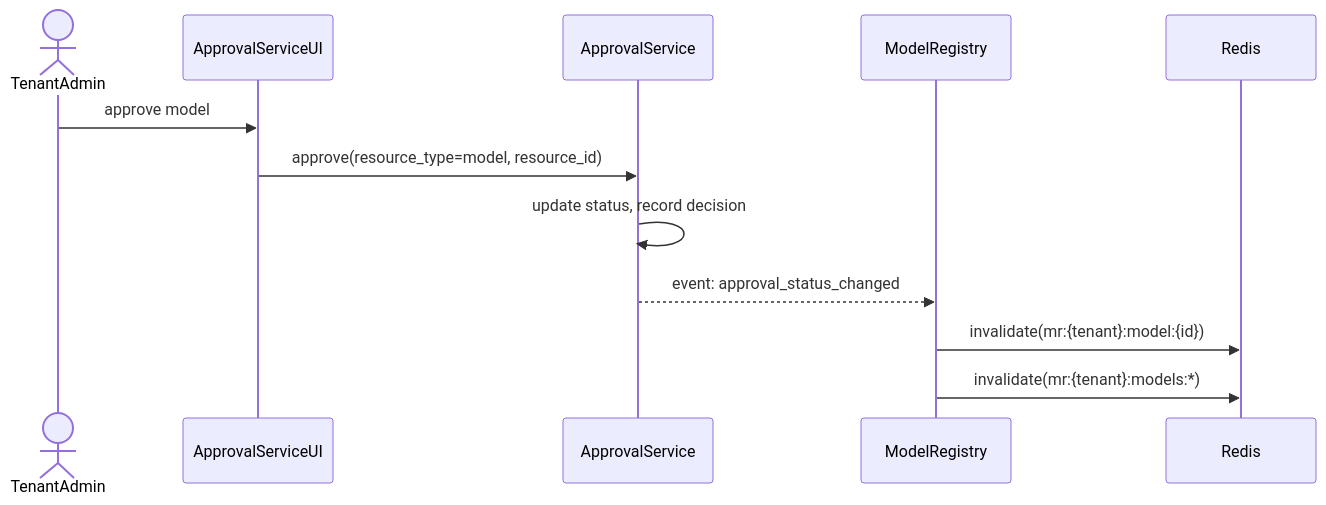
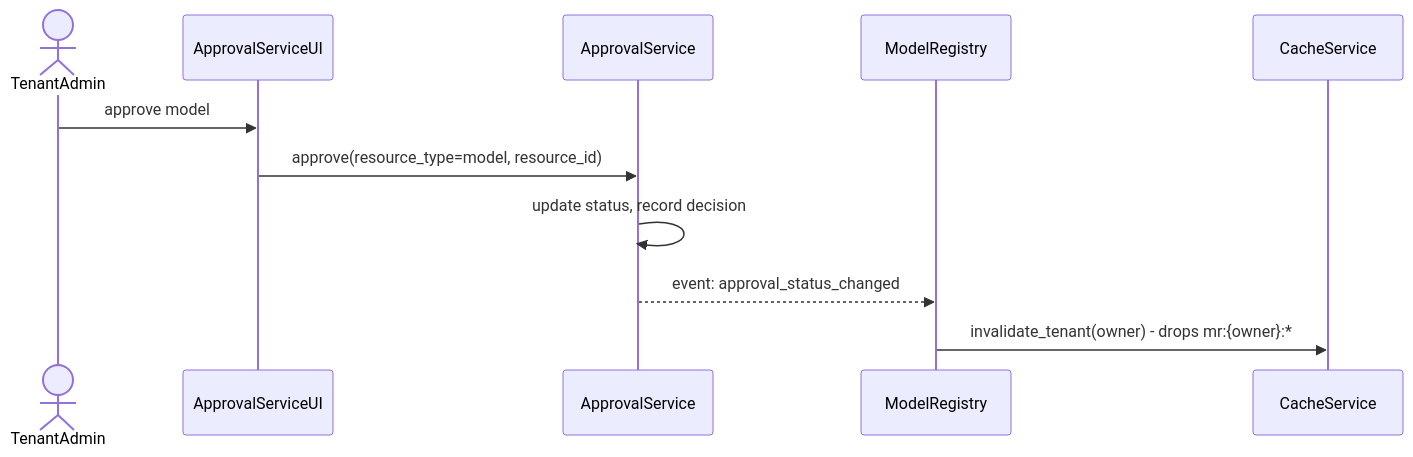
The seventh of 9 diagrams in gears/model-registry/docs/DESIGN.md (constructorfabric/gears-rust), drawn with Mermaid before and after one commit. The commit also changed other lines of this file and 2 other files, not shown here.

Commit message:
docs(model-registry): Update PRD and DESIGN docs

````diff
--- a/gears/model-registry/docs/DESIGN.md
+++ b/gears/model-registry/docs/DESIGN.md
@@ -799,15 +1253,14 @@
 ```mermaid
 sequenceDiagram
     actor TenantAdmin
     participant ApprovalUI as ApprovalServiceUI
     participant Approval as ApprovalService
     participant MR as ModelRegistry
-    participant Cache as Redis
+    participant Cache as CacheService
 
     TenantAdmin->>ApprovalUI: approve model
     ApprovalUI->>Approval: approve(resource_type=model, resource_id)
     Approval->>Approval: update status, record decision
     Approval-->>MR: event: approval_status_changed
-    MR->>Cache: invalidate(mr:{tenant}:model:{id})
-    MR->>Cache: invalidate(mr:{tenant}:models:*)
+    MR->>Cache: invalidate_tenant(owner) - drops mr:{owner}:*
 ```
````
